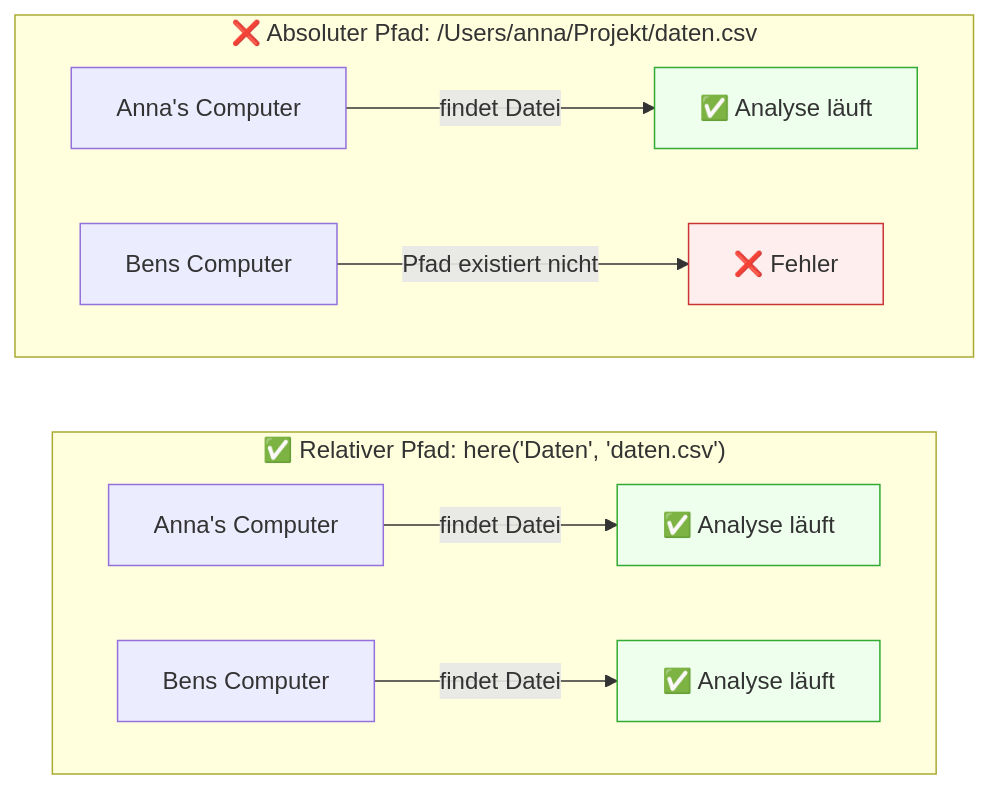
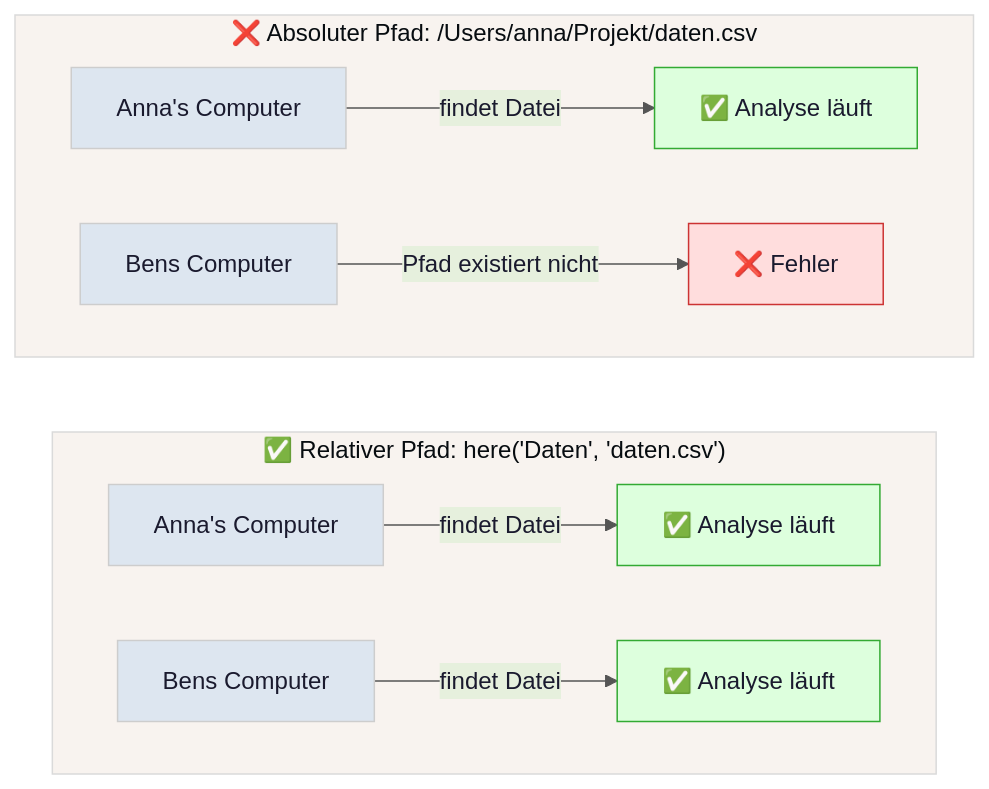
Before and after one commit to unilu-vpf-statistik/uebung_statistik4: the diagram in exercise2.qmd, drawn with Mermaid.

````diff
--- a/exercise2.qmd
+++ b/exercise2.qmd
@@ -57,21 +57,22 @@
 ```{mermaid}
 %%| label: fig-pfade-vergleich
 %%| fig-cap: "Absolute Pfade sind an einen Computer gebunden, relative Pfade via `here()` funktionieren überall."
+%%{init: {'theme': 'base', 'themeVariables': {'background': '#ffffff', 'primaryColor': '#dde6f0', 'primaryTextColor': '#1a1a2e', 'lineColor': '#555'}}}%%
 flowchart TB
     subgraph abs["❌ Absoluter Pfad: /Users/anna/Projekt/daten.csv"]
         direction LR
         A1[Anna's Computer] -->|"findet Datei"| A2[✅ Analyse läuft]
         A3[Bens Computer] -->|"Pfad existiert nicht"| A4[❌ Fehler]
     end
     subgraph rel["✅ Relativer Pfad: here('Daten', 'daten.csv')"]
         direction LR
         B1[Anna's Computer] -->|"findet Datei"| B2[✅ Analyse läuft]
         B3[Bens Computer] -->|"findet Datei"| B4[✅ Analyse läuft]
     end
     abs ~~~ rel
 
-    style A4 fill:#fee,stroke:#c33
-    style A2 fill:#efe,stroke:#3a3
-    style B2 fill:#efe,stroke:#3a3
-    style B4 fill:#efe,stroke:#3a3
+    style A4 fill:#fdd,stroke:#c33
+    style A2 fill:#dfd,stroke:#3a3
+    style B2 fill:#dfd,stroke:#3a3
+    style B4 fill:#dfd,stroke:#3a3
 ```
````
